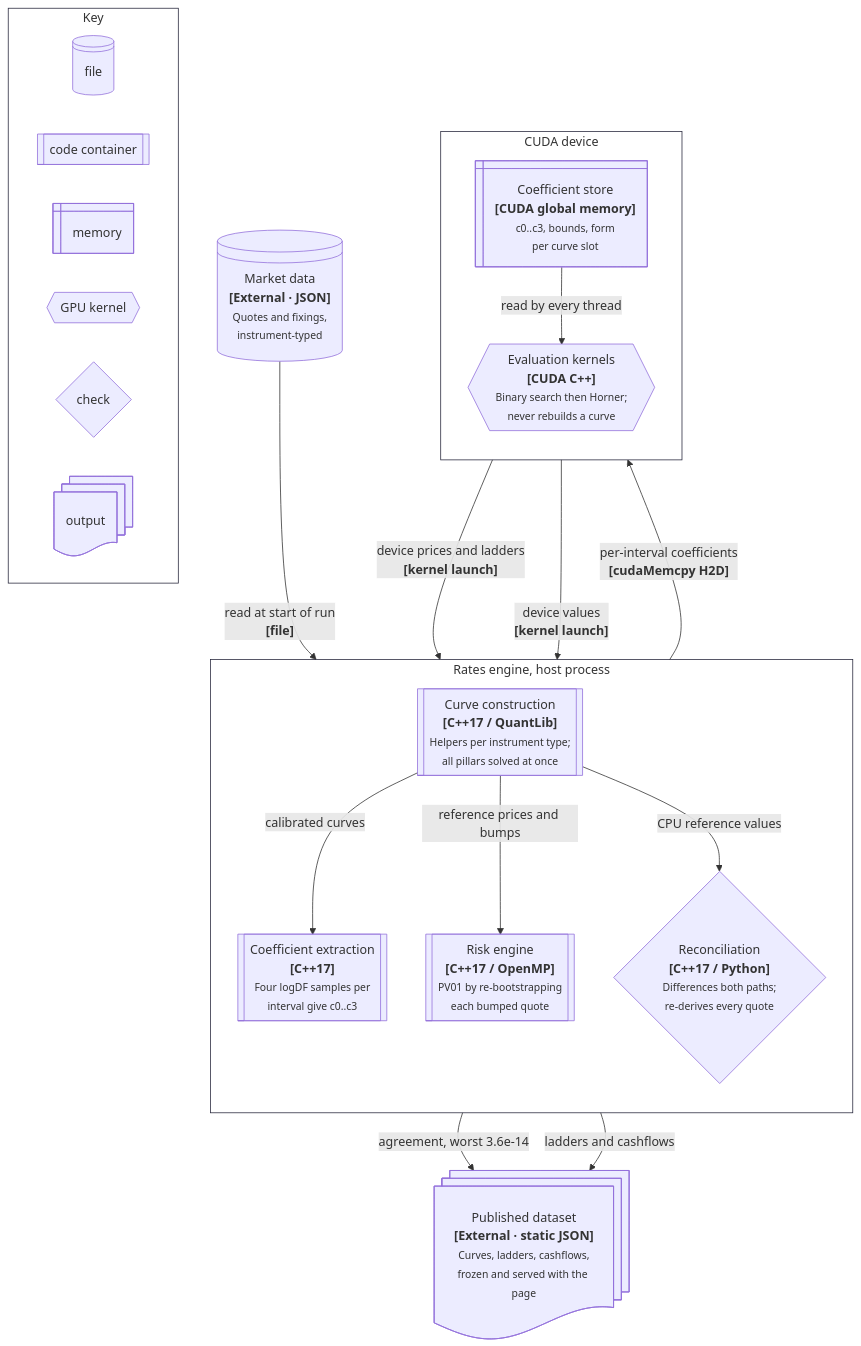
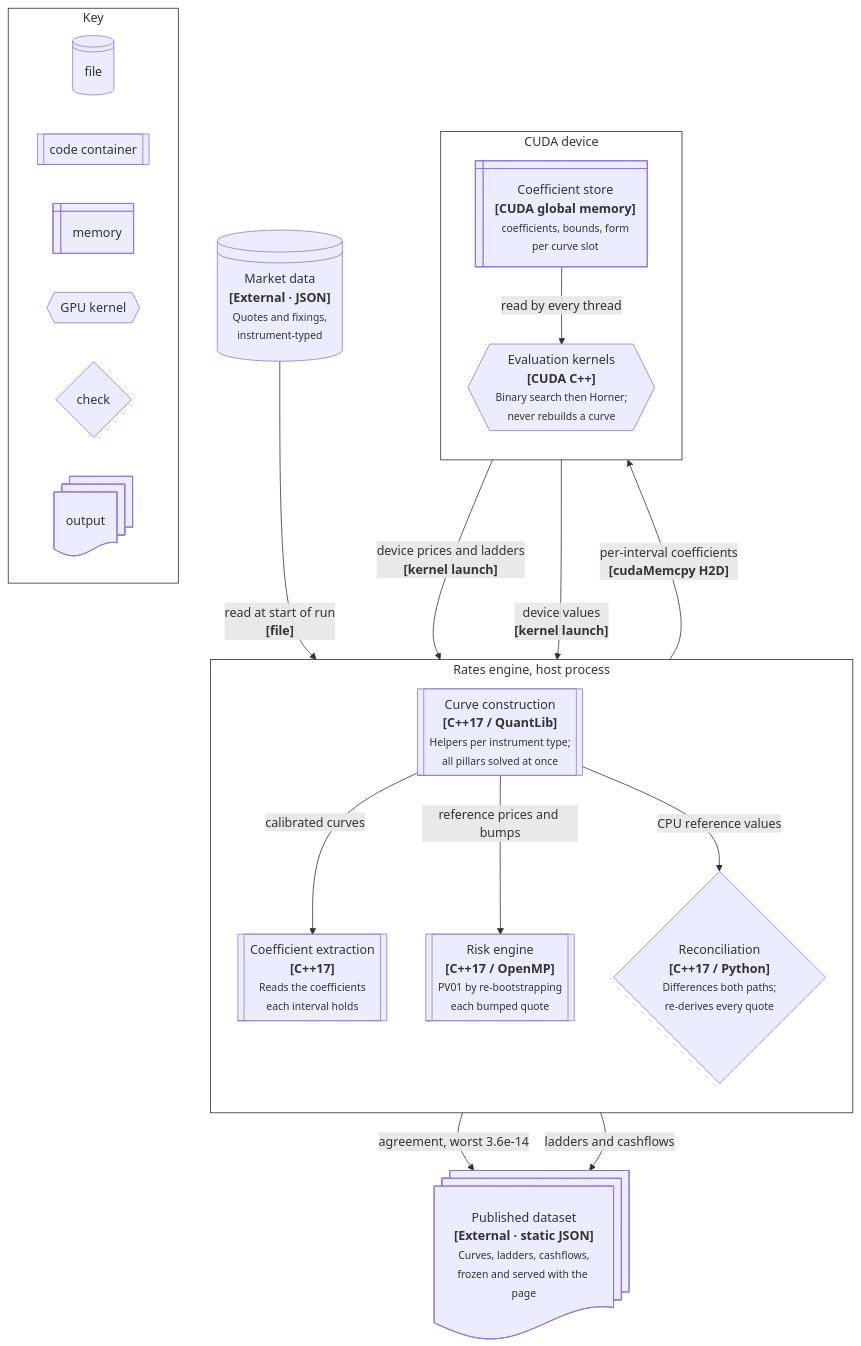
Before and after one commit to jrwglover/portfolio: the diagram in src/components/dashboards/curve_model/diagrams/c4-container.mmd, drawn with Mermaid. The commit also changed 26 other files, not shown here.

```diff
--- a/src/components/dashboards/curve_model/diagrams/c4-container.mmd
+++ b/src/components/dashboards/curve_model/diagrams/c4-container.mmd
@@ -1,52 +1,52 @@
 %% C4 Level 2: Container.
 %% Every element carries name, [type: technology] and a description; every
 %% relationship is labelled with intent, and those crossing the process or
 %% device boundary also name the protocol. Shapes are secondary to the labels
 %% and are explained in the key.
 %% .
-%% Deliberately NOT one container per source file: the eight term structures are
+%% Deliberately not one container per source file: the thirteen term structures are
 %% process state rather than a container, and the CSV/JSON outputs are one
 %% dataset. An earlier version listed both and laid out 4613px wide, which is
 %% not readable on a page.
 flowchart TB
   MD@{ shape: lin-cyl, label: "Market data<br/><b>[External · JSON]</b><br/><small>Quotes and fixings,<br/>instrument-typed</small>" }
 
   subgraph HOST["Rates engine, host process"]
     direction TB
     BOOT@{ shape: subproc, label: "Curve construction<br/><b>[C++17 / QuantLib]</b><br/><small>Helpers per instrument type;<br/>all pillars solved at once</small>" }
-    COEF@{ shape: subproc, label: "Coefficient extraction<br/><b>[C++17]</b><br/><small>Four logDF samples per<br/>interval give c0..c3</small>" }
+    COEF@{ shape: subproc, label: "Coefficient extraction<br/><b>[C++17]</b><br/><small>Reads the coefficients<br/>each interval holds</small>" }
     RISK@{ shape: subproc, label: "Risk engine<br/><b>[C++17 / OpenMP]</b><br/><small>PV01 by re-bootstrapping<br/>each bumped quote</small>" }
     RECON@{ shape: diam, label: "Reconciliation<br/><b>[C++17 / Python]</b><br/><small>Differences both paths;<br/>re-derives every quote</small>" }
   end
 
   subgraph DEV["CUDA device"]
     direction TB
-    CMEM@{ shape: win-pane, label: "Coefficient store<br/><b>[CUDA global memory]</b><br/><small>c0..c3, bounds, form<br/>per curve slot</small>" }
+    CMEM@{ shape: win-pane, label: "Coefficient store<br/><b>[CUDA global memory]</b><br/><small>coefficients, bounds, form<br/>per curve slot</small>" }
     KERN@{ shape: hex, label: "Evaluation kernels<br/><b>[CUDA C++]</b><br/><small>Binary search then Horner;<br/>never rebuilds a curve</small>" }
   end
 
   PUB@{ shape: docs, label: "Published dataset<br/><b>[External · static JSON]</b><br/><small>Curves, ladders, cashflows,<br/>frozen and served with the page</small>" }
 
   MD -->|"read at start of run<br/><b>[file]</b>"| BOOT
   BOOT -->|"calibrated curves"| COEF
   BOOT -->|"reference prices and bumps"| RISK
   BOOT -->|"CPU reference values"| RECON
   COEF -->|"per-interval coefficients<br/><b>[cudaMemcpy H2D]</b>"| CMEM
   CMEM -->|"read by every thread"| KERN
   KERN -->|"device prices and ladders<br/><b>[kernel launch]</b>"| RISK
   KERN -->|"device values<br/><b>[kernel launch]</b>"| RECON
   RECON -->|"agreement, worst 3.6e-14"| PUB
   RISK -->|"ladders and cashflows"| PUB
 
   subgraph KEY[" Key "]
     direction LR
     K1@{ shape: lin-cyl, label: "file" }
     K2@{ shape: subproc, label: "code container" }
     K3@{ shape: win-pane, label: "memory" }
     K4@{ shape: hex, label: "GPU kernel" }
     K5@{ shape: diam, label: "check" }
     K6@{ shape: docs, label: "output" }
   end
 
   classDef bnd fill:none,stroke:#2a2a3e
   class HOST,DEV,KEY bnd
```
